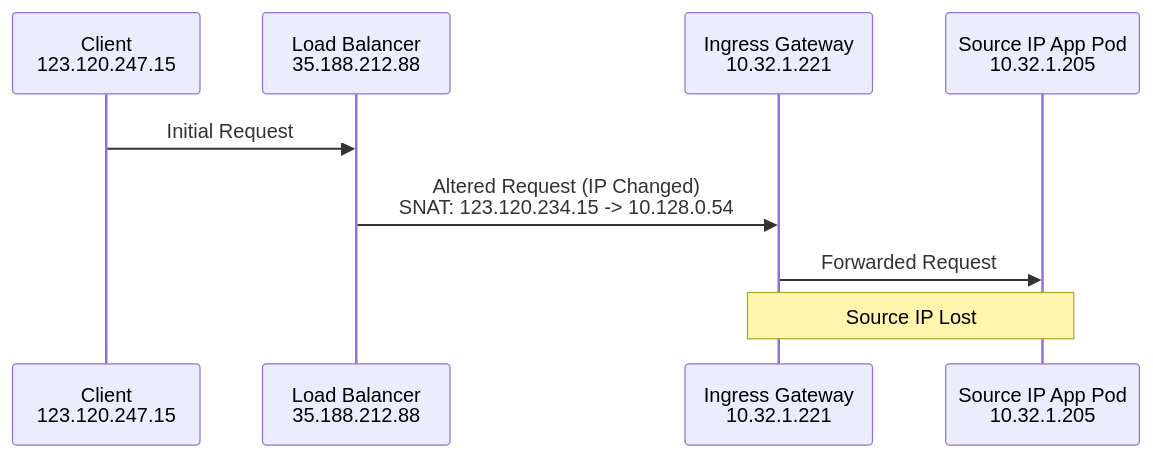
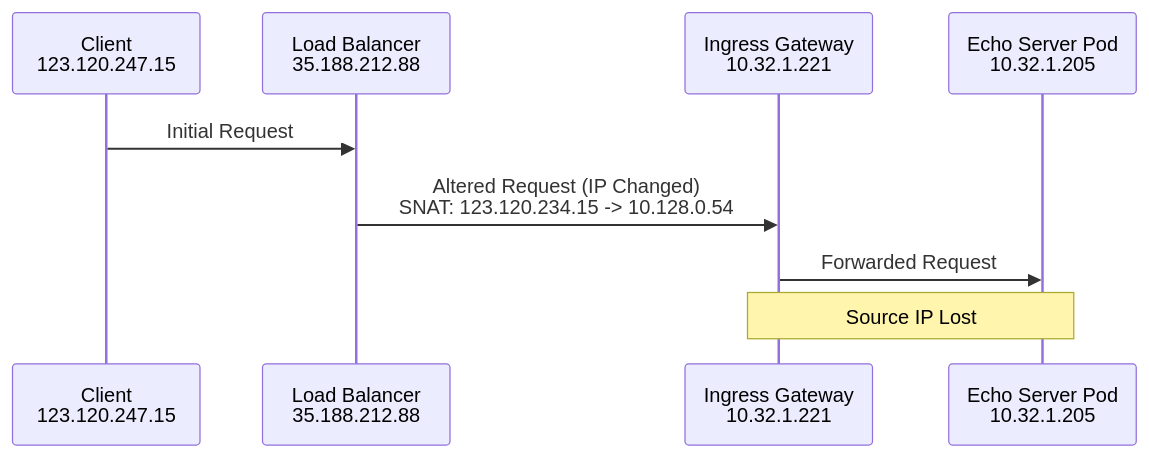
One commit to rootsongjc/kubernetes-handbook changed the fourth of 10 diagrams in content/en/blog/preserve-source-ip-in-istio/index.md. Above: the diagram before and after it, drawn with Mermaid. The commit also changed other lines of this file and 1 other file, not shown here.

````diff
--- a/content/en/blog/preserve-source-ip-in-istio/index.md
+++ b/content/en/blog/preserve-source-ip-in-istio/index.md
@@ -303,11 +303,11 @@
 ```mermaid
 sequenceDiagram
     participant C as Client<br>123.120.247.15
     participant LB as Load Balancer<br>35.188.212.88
     participant IG as Ingress Gateway<br>10.32.1.221
-    participant S as Source IP App Pod<br>10.32.1.205
+    participant S as Echo Server Pod<br>10.32.1.205
     C->>LB: Initial Request
     LB->>IG: Altered Request (IP Changed)<br>SNAT: 123.120.234.15 -> 10.128.0.54
     IG->>S: Forwarded Request
     Note over IG,S: Source IP Lost
 ```
````
